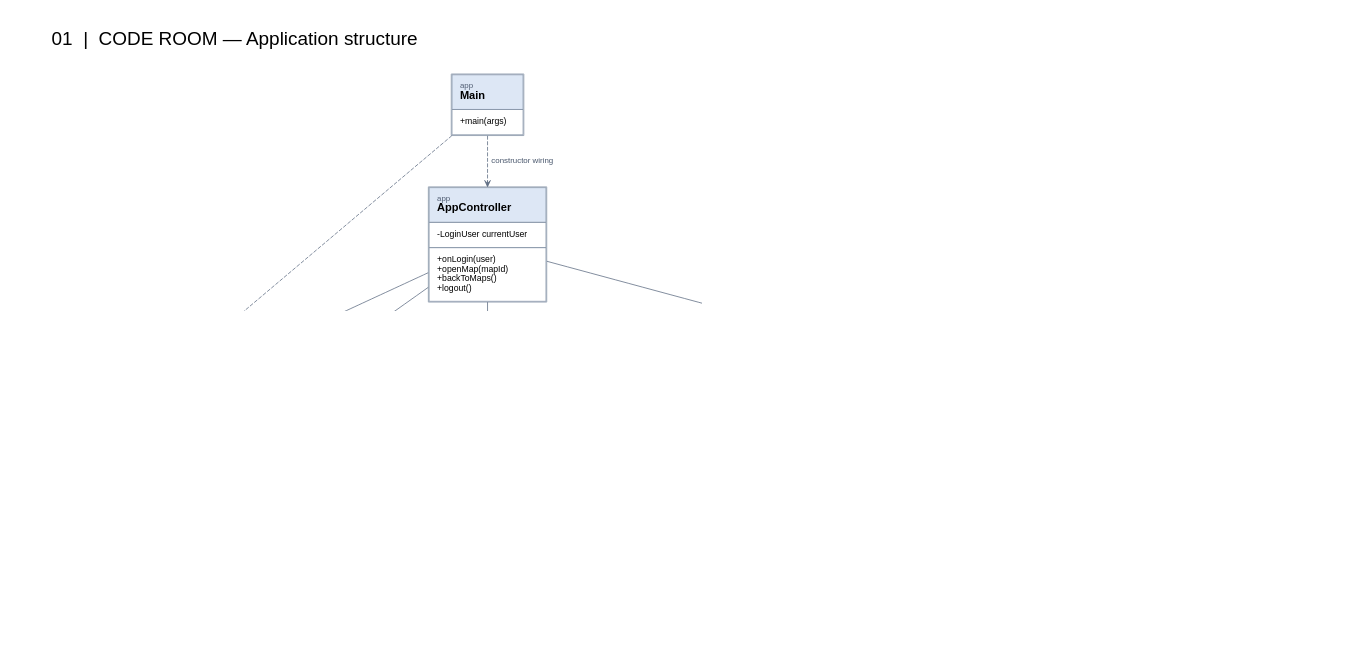
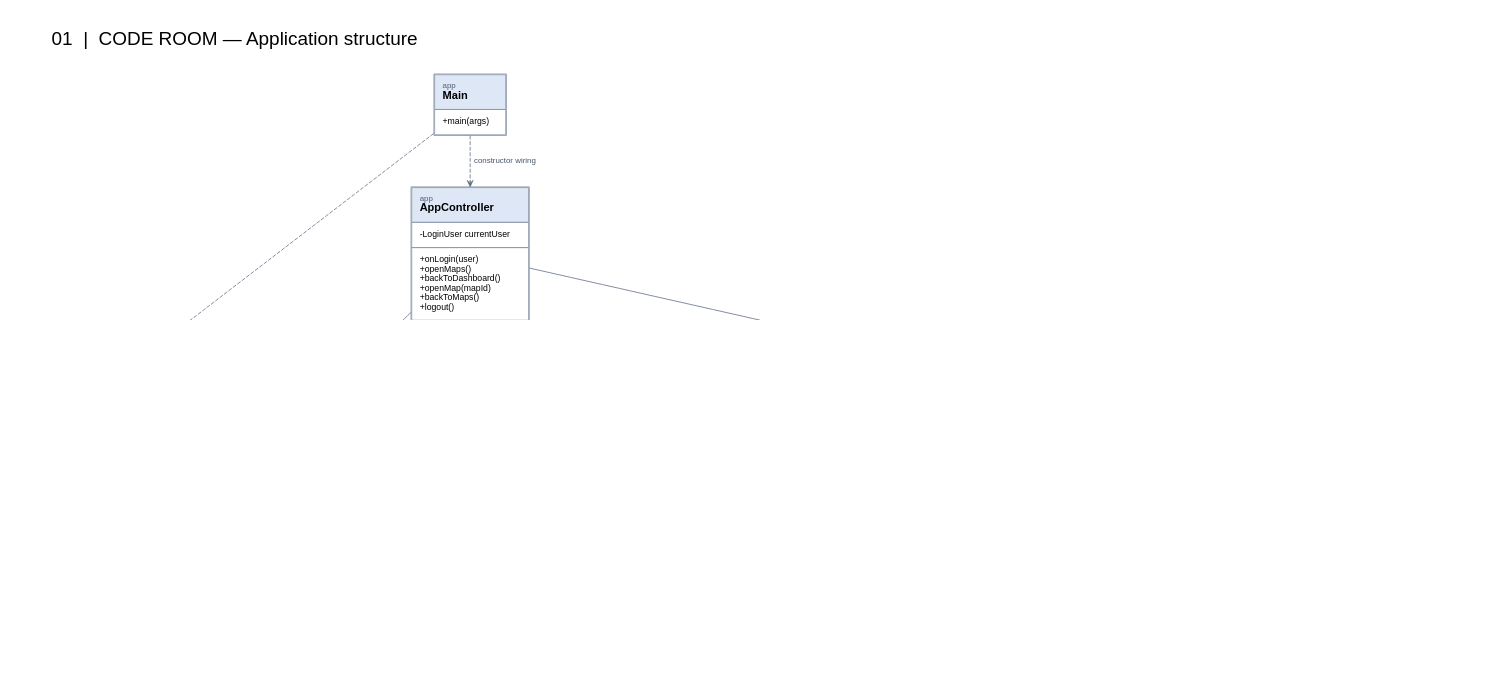
Before and after one commit to hhannn001/JavaOOP_repository: the diagram in Document/diagrams/01_overview.dot, drawn with Graphviz. The commit also changed 14 other files, not shown here.

```diff
--- a/Document/diagrams/01_overview.dot
+++ b/Document/diagrams/01_overview.dot
@@ -1,50 +1,53 @@
 digraph G {
 graph [rankdir=TB, bgcolor="white", pad="0.45", nodesep="0.45", ranksep="0.75", dpi=160, splines=polyline, fontname="Helvetica", fontsize=24, labelloc=t, labeljust=l, label="01  |  CODE ROOM — Application structure\n "];
 node [shape=plain, fontname="Helvetica"];
 edge [fontname="Helvetica", fontsize=10, color="#627086", fontcolor="#46546a", arrowsize=0.8];
 Main [label=<<TABLE BORDER="1" CELLBORDER="1" CELLSPACING="0" CELLPADDING="9" COLOR="#8896a9"><TR><TD ALIGN="LEFT" BGCOLOR="#dde7f5"><FONT POINT-SIZE="10" COLOR="#536075">app</FONT><BR ALIGN="LEFT"/><B>Main</B></TD></TR><TR><TD ALIGN="LEFT" BALIGN="LEFT"><FONT POINT-SIZE="11">+main(args)<BR ALIGN="LEFT"/></FONT></TD></TR></TABLE>>];
 MainFrame [label=<<TABLE BORDER="1" CELLBORDER="1" CELLSPACING="0" CELLPADDING="9" COLOR="#8896a9"><TR><TD ALIGN="LEFT" BGCOLOR="#dde7f5"><FONT POINT-SIZE="10" COLOR="#536075">app</FONT><BR ALIGN="LEFT"/><B>MainFrame</B></TD></TR><TR><TD ALIGN="LEFT" BALIGN="LEFT"><FONT POINT-SIZE="11">-CardLayout layout<BR ALIGN="LEFT"/></FONT></TD></TR><TR><TD ALIGN="LEFT" BALIGN="LEFT"><FONT POINT-SIZE="11">+showPage(name)<BR ALIGN="LEFT"/></FONT></TD></TR></TABLE>>];
-AppController [label=<<TABLE BORDER="1" CELLBORDER="1" CELLSPACING="0" CELLPADDING="9" COLOR="#8896a9"><TR><TD ALIGN="LEFT" BGCOLOR="#dde7f5"><FONT POINT-SIZE="10" COLOR="#536075">app</FONT><BR ALIGN="LEFT"/><B>AppController</B></TD></TR><TR><TD ALIGN="LEFT" BALIGN="LEFT"><FONT POINT-SIZE="11">-LoginUser currentUser<BR ALIGN="LEFT"/></FONT></TD></TR><TR><TD ALIGN="LEFT" BALIGN="LEFT"><FONT POINT-SIZE="11">+onLogin(user)<BR ALIGN="LEFT"/>+openMap(mapId)<BR ALIGN="LEFT"/>+backToMaps()<BR ALIGN="LEFT"/>+logout()<BR ALIGN="LEFT"/></FONT></TD></TR></TABLE>>];
+AppController [label=<<TABLE BORDER="1" CELLBORDER="1" CELLSPACING="0" CELLPADDING="9" COLOR="#8896a9"><TR><TD ALIGN="LEFT" BGCOLOR="#dde7f5"><FONT POINT-SIZE="10" COLOR="#536075">app</FONT><BR ALIGN="LEFT"/><B>AppController</B></TD></TR><TR><TD ALIGN="LEFT" BALIGN="LEFT"><FONT POINT-SIZE="11">-LoginUser currentUser<BR ALIGN="LEFT"/></FONT></TD></TR><TR><TD ALIGN="LEFT" BALIGN="LEFT"><FONT POINT-SIZE="11">+onLogin(user)<BR ALIGN="LEFT"/>+openMaps()<BR ALIGN="LEFT"/>+backToDashboard()<BR ALIGN="LEFT"/>+openMap(mapId)<BR ALIGN="LEFT"/>+backToMaps()<BR ALIGN="LEFT"/>+logout()<BR ALIGN="LEFT"/></FONT></TD></TR></TABLE>>];
+DashboardPage [label=<<TABLE BORDER="1" CELLBORDER="1" CELLSPACING="0" CELLPADDING="9" COLOR="#8896a9"><TR><TD ALIGN="LEFT" BGCOLOR="#dde7f5"><FONT POINT-SIZE="10" COLOR="#536075">app</FONT><BR ALIGN="LEFT"/><B>DashboardPage</B></TD></TR><TR><TD ALIGN="LEFT" BALIGN="LEFT"><FONT POINT-SIZE="11">+DashboardPage(user, openMaps, logout)<BR ALIGN="LEFT"/></FONT></TD></TR></TABLE>>];
 LoginPage [label=<<TABLE BORDER="1" CELLBORDER="1" CELLSPACING="0" CELLPADDING="9" COLOR="#8896a9"><TR><TD ALIGN="LEFT" BGCOLOR="#def0ed"><FONT POINT-SIZE="10" COLOR="#536075">pages</FONT><BR ALIGN="LEFT"/><B>LoginPage</B></TD></TR><TR><TD ALIGN="LEFT" BALIGN="LEFT"><FONT POINT-SIZE="11">+showError(message)<BR ALIGN="LEFT"/></FONT></TD></TR></TABLE>>];
 LoginService [label=<<TABLE BORDER="1" CELLBORDER="1" CELLSPACING="0" CELLPADDING="9" COLOR="#8896a9"><TR><TD ALIGN="LEFT" BGCOLOR="#e8e1f6"><FONT POINT-SIZE="10" COLOR="#536075">features</FONT><BR ALIGN="LEFT"/><B>LoginService</B></TD></TR><TR><TD ALIGN="LEFT" BALIGN="LEFT"><FONT POINT-SIZE="11">+login(loginId, password) LoginResult<BR ALIGN="LEFT"/></FONT></TD></TR></TABLE>>];
 MapSelectionPage [label=<<TABLE BORDER="1" CELLBORDER="1" CELLSPACING="0" CELLPADDING="9" COLOR="#8896a9"><TR><TD ALIGN="LEFT" BGCOLOR="#def0ed"><FONT POINT-SIZE="10" COLOR="#536075">pages</FONT><BR ALIGN="LEFT"/><B>MapSelectionPage</B></TD></TR><TR><TD ALIGN="LEFT" BALIGN="LEFT"><FONT POINT-SIZE="11">+render(cards)<BR ALIGN="LEFT"/></FONT></TD></TR></TABLE>>];
 MapCatalogService [label=<<TABLE BORDER="1" CELLBORDER="1" CELLSPACING="0" CELLPADDING="9" COLOR="#8896a9"><TR><TD ALIGN="LEFT" BGCOLOR="#e8e1f6"><FONT POINT-SIZE="10" COLOR="#536075">features</FONT><BR ALIGN="LEFT"/><B>MapCatalogService</B></TD></TR><TR><TD ALIGN="LEFT" BALIGN="LEFT"><FONT POINT-SIZE="11">+listForUser(userId) List&lt;MapCard&gt;<BR ALIGN="LEFT"/></FONT></TD></TR></TABLE>>];
 GamePage [label=<<TABLE BORDER="1" CELLBORDER="1" CELLSPACING="0" CELLPADDING="9" COLOR="#8896a9"><TR><TD ALIGN="LEFT" BGCOLOR="#def0ed"><FONT POINT-SIZE="10" COLOR="#536075">pages</FONT><BR ALIGN="LEFT"/><B>GamePage</B></TD></TR><TR><TD ALIGN="LEFT" BALIGN="LEFT"><FONT POINT-SIZE="11">+render(view)<BR ALIGN="LEFT"/>+disposeGame()<BR ALIGN="LEFT"/></FONT></TD></TR></TABLE>>];
 GameFacade [label=<<TABLE BORDER="1" CELLBORDER="1" CELLSPACING="0" CELLPADDING="9" COLOR="#8896a9"><TR><TD ALIGN="LEFT" BGCOLOR="#e8e1f6"><FONT POINT-SIZE="10" COLOR="#536075">features</FONT><BR ALIGN="LEFT"/><B>GameFacade</B></TD></TR><TR><TD ALIGN="LEFT" BALIGN="LEFT"><FONT POINT-SIZE="11">+loadMap(mapId) GameSetup<BR ALIGN="LEFT"/>+start(userId, setup, nowNanos) GameView<BR ALIGN="LEFT"/>+inspect(objectId) InspectResult<BR ALIGN="LEFT"/>+submit(objectId, answer) SubmitResult<BR ALIGN="LEFT"/>+selectItem(itemId) GameView<BR ALIGN="LEFT"/>+useKey(nowNanos) EscapeResult<BR ALIGN="LEFT"/>+saveClear(record)<BR ALIGN="LEFT"/>+view(nowNanos) GameView<BR ALIGN="LEFT"/></FONT></TD></TR></TABLE>>];
 RoomPanel [label=<<TABLE BORDER="1" CELLBORDER="1" CELLSPACING="0" CELLPADDING="9" COLOR="#8896a9"><TR><TD ALIGN="LEFT" BGCOLOR="#fff0d7"><FONT POINT-SIZE="10" COLOR="#536075">widgets</FONT><BR ALIGN="LEFT"/><B>RoomPanel</B></TD></TR></TABLE>>];
 InventoryPanel [label=<<TABLE BORDER="1" CELLBORDER="1" CELLSPACING="0" CELLPADDING="9" COLOR="#8896a9"><TR><TD ALIGN="LEFT" BGCOLOR="#fff0d7"><FONT POINT-SIZE="10" COLOR="#536075">widgets</FONT><BR ALIGN="LEFT"/><B>InventoryPanel</B></TD></TR></TABLE>>];
 CluePanel [label=<<TABLE BORDER="1" CELLBORDER="1" CELLSPACING="0" CELLPADDING="9" COLOR="#8896a9"><TR><TD ALIGN="LEFT" BGCOLOR="#fff0d7"><FONT POINT-SIZE="10" COLOR="#536075">widgets</FONT><BR ALIGN="LEFT"/><B>CluePanel</B></TD></TR></TABLE>>];
 AnswerInputPanel [label=<<TABLE BORDER="1" CELLBORDER="1" CELLSPACING="0" CELLPADDING="9" COLOR="#8896a9"><TR><TD ALIGN="LEFT" BGCOLOR="#e8e1f6"><FONT POINT-SIZE="10" COLOR="#536075">features</FONT><BR ALIGN="LEFT"/><B>AnswerInputPanel</B></TD></TR></TABLE>>];
 ResultPanel [label=<<TABLE BORDER="1" CELLBORDER="1" CELLSPACING="0" CELLPADDING="9" COLOR="#8896a9"><TR><TD ALIGN="LEFT" BGCOLOR="#fff0d7"><FONT POINT-SIZE="10" COLOR="#536075">widgets</FONT><BR ALIGN="LEFT"/><B>ResultPanel</B></TD></TR></TABLE>>];
 Main -> AppController [style=dashed, arrowhead=vee, label="constructor wiring"];
 Main -> MainFrame [style=dashed, arrowhead=vee];
 AppController -> MainFrame [arrowhead=vee];
 AppController -> LoginPage [arrowhead=vee];
+AppController -> DashboardPage [arrowhead=vee];
 AppController -> MapSelectionPage [arrowhead=vee];
 AppController -> GamePage [arrowhead=vee];
 LoginPage -> LoginService [arrowhead=vee];
 MapSelectionPage -> MapCatalogService [arrowhead=vee];
 GamePage -> GameFacade [arrowhead=vee];
 GamePage -> RoomPanel [dir=both, arrowtail=diamond, arrowhead=none];
 GamePage -> InventoryPanel [dir=both, arrowtail=diamond, arrowhead=none];
 GamePage -> CluePanel [dir=both, arrowtail=diamond, arrowhead=none];
 GamePage -> AnswerInputPanel [dir=both, arrowtail=diamond, arrowhead=none];
 GamePage -> ResultPanel [dir=both, arrowtail=diamond, arrowhead=none];
-{rank=same; LoginPage; MapSelectionPage; GamePage;}
+{rank=same; LoginPage; DashboardPage; MapSelectionPage; GamePage;}
 legend [shape=plain, label=<<FONT POINT-SIZE="10" COLOR="#627086">+ public   /   - private     |     dashed arrow: dependency     |     solid arrow: reference<BR/>filled diamond: composition     |     hollow diamond: aggregation     |     hollow triangle: interface implementation</FONT>>];
 {rank=sink; legend;}
 Main -> legend [style=invis];
 MainFrame -> legend [style=invis];
 AppController -> legend [style=invis];
 LoginPage -> legend [style=invis];
+DashboardPage -> legend [style=invis];
 LoginService -> legend [style=invis];
 MapSelectionPage -> legend [style=invis];
 MapCatalogService -> legend [style=invis];
 GamePage -> legend [style=invis];
 GameFacade -> legend [style=invis];
 RoomPanel -> legend [style=invis];
 InventoryPanel -> legend [style=invis];
 CluePanel -> legend [style=invis];
 AnswerInputPanel -> legend [style=invis];
 ResultPanel -> legend [style=invis];
 }
```
